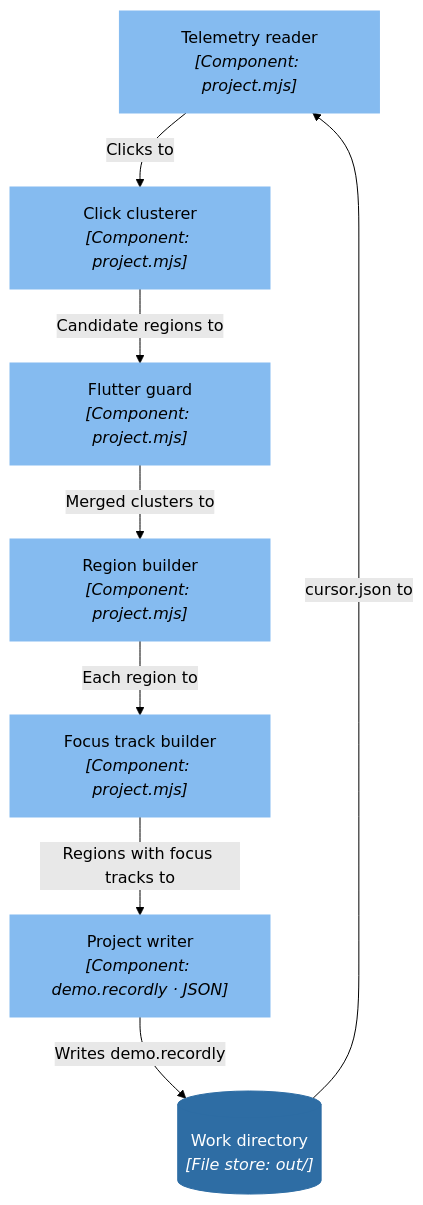
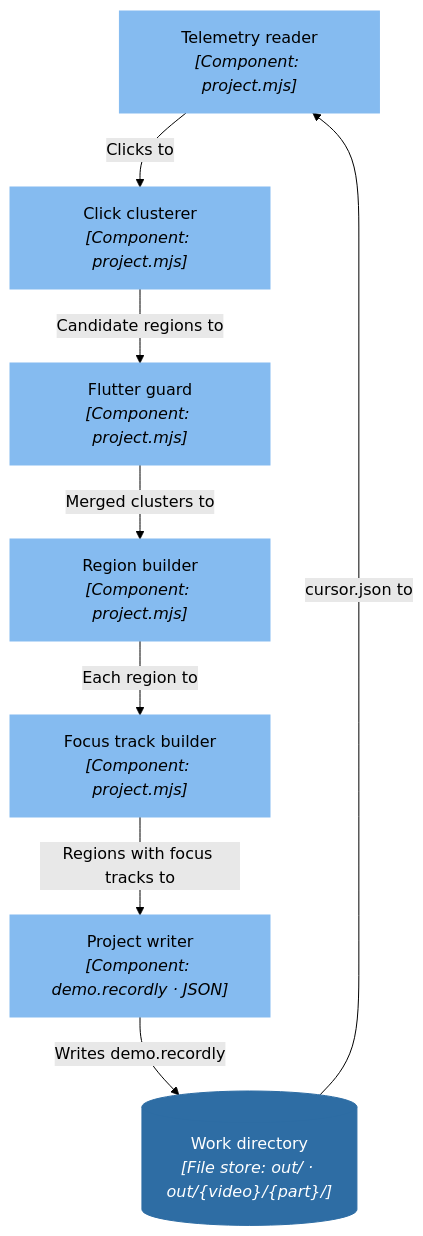
The seventh of 13 diagrams in docs/C4.md (ssunduko/product-video), drawn with Mermaid (forest theme) before and after one commit. The commit also changed other lines of this file and 21 other files, not shown here.

````diff
--- a/docs/C4.md
+++ b/docs/C4.md
@@ -456,25 +508,25 @@
 ```mermaid
 flowchart TD
-  n58["Telemetry reader<br/><i>[Component: project.mjs]</i>"]
-  n59["Click clusterer<br/><i>[Component: project.mjs]</i>"]
-  n60["Flutter guard<br/><i>[Component: project.mjs]</i>"]
-  n61["Region builder<br/><i>[Component: project.mjs]</i>"]
-  n62["Focus track builder<br/><i>[Component: project.mjs]</i>"]
-  n63["Project writer<br/><i>[Component: demo.recordly · JSON]</i>"]
-  n21[("Work directory<br/><i>[File store: out/]</i>")]
-  n21 -->|"cursor.json to"| n58
-  n58 -->|"Clicks to"| n59
-  n59 -->|"Candidate regions to"| n60
-  n60 -->|"Merged clusters to"| n61
-  n61 -->|"Each region to"| n62
-  n62 -->|"Regions with focus tracks to"| n63
-  n63 -->|"Writes demo.recordly"| n21
+  n66["Telemetry reader<br/><i>[Component: project.mjs]</i>"]
+  n67["Click clusterer<br/><i>[Component: project.mjs]</i>"]
+  n68["Flutter guard<br/><i>[Component: project.mjs]</i>"]
+  n69["Region builder<br/><i>[Component: project.mjs]</i>"]
+  n70["Focus track builder<br/><i>[Component: project.mjs]</i>"]
+  n71["Project writer<br/><i>[Component: demo.recordly · JSON]</i>"]
+  n22[("Work directory<br/><i>[File store: out/ · out/{video}/{part}/]</i>")]
+  n22 -->|"cursor.json to"| n66
+  n66 -->|"Clicks to"| n67
+  n67 -->|"Candidate regions to"| n68
+  n68 -->|"Merged clusters to"| n69
+  n69 -->|"Each region to"| n70
+  n70 -->|"Regions with focus tracks to"| n71
+  n71 -->|"Writes demo.recordly"| n22
   classDef person fill:#08427b,stroke:#08427b,color:#ffffff;
   classDef system fill:#1168bd,stroke:#1168bd,color:#ffffff;
   classDef external fill:#999999,stroke:#999999,color:#ffffff;
   classDef container fill:#438dd5,stroke:#438dd5,color:#ffffff;
   classDef store fill:#2e6da4,stroke:#2e6da4,color:#ffffff;
   classDef component fill:#85bbf0,stroke:#85bbf0,color:#000000;
-  class n21 store;
-  class n58,n59,n60,n61,n62,n63 component;
+  class n22 store;
+  class n66,n67,n68,n69,n70,n71 component;
 ```
````
